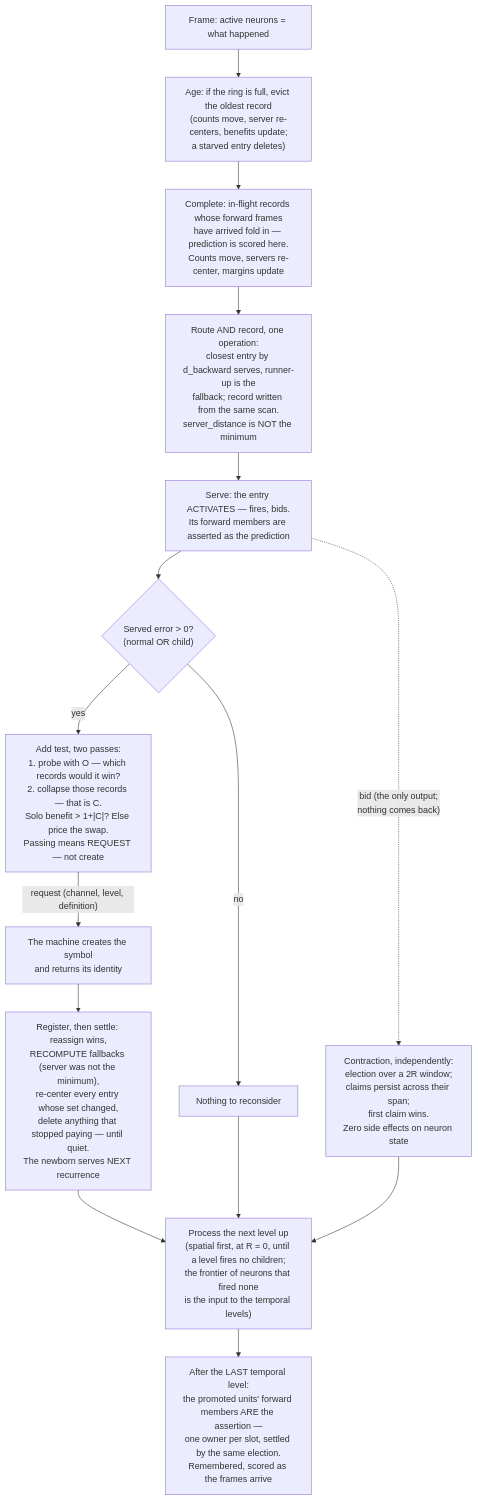
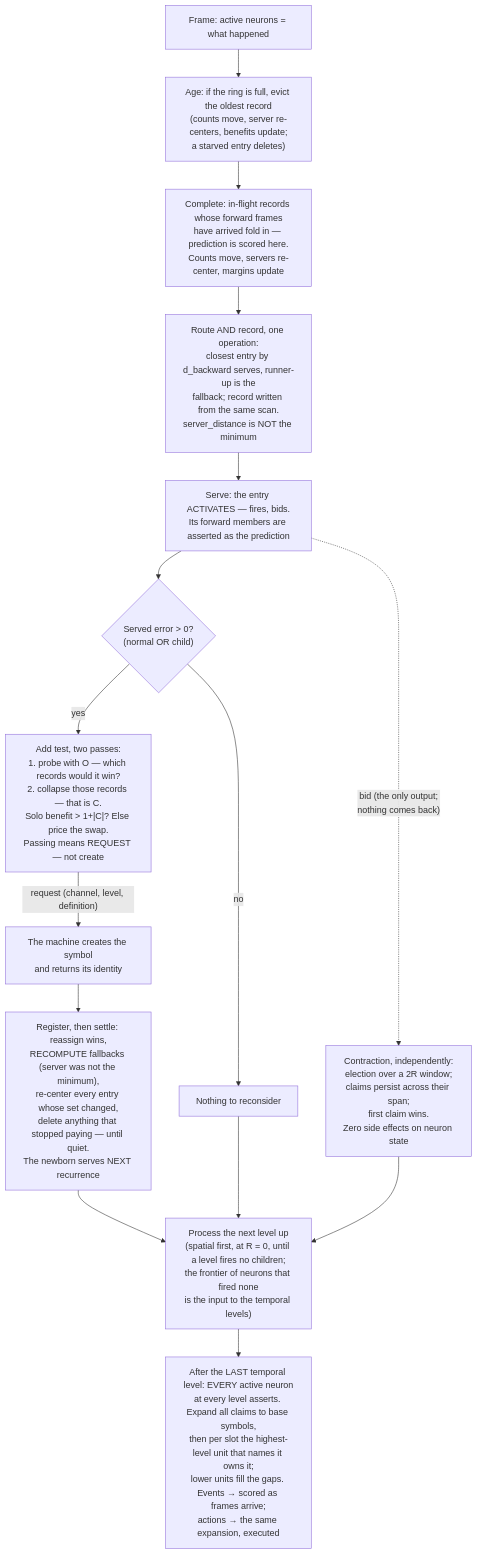
One commit to cucar/robot_brain changed the diagram in docs/algorithm.md. Above: the diagram before and after it, drawn with Mermaid. The commit also changed other lines of this file, not shown here.

Commit message:
explain the output/assertion

````diff
--- a/docs/algorithm.md
+++ b/docs/algorithm.md
@@ -819,17 +860,17 @@
 ```mermaid
 flowchart TD
     A["Frame: active neurons = what happened"] --> B["Age: if the ring is full, evict the oldest record<br/>(counts move, server re-centers, benefits update;<br/>a starved entry deletes)"]
     B --> C["Complete: in-flight records whose forward frames<br/>have arrived fold in — prediction is scored here.<br/>Counts move, servers re-center, margins update"]
     C --> D["Route AND record, one operation:<br/>closest entry by d_backward serves, runner-up is the<br/>fallback; record written from the same scan.<br/>server_distance is NOT the minimum"]
     D --> E["Serve: the entry ACTIVATES — fires, bids.<br/>Its forward members are asserted as the prediction"]
     E -.->|"bid (the only output;<br/>nothing comes back)"| X["Contraction, independently:<br/>election over a 2R window;<br/>claims persist across their span;<br/>first claim wins.<br/>Zero side effects on neuron state"]
     E --> L{"Served error > 0?<br/>(normal OR child)"}
     L -->|yes| M["Add test, two passes:<br/>1. probe with O — which records would it win?<br/>2. collapse those records — that is C.<br/>Solo benefit > 1+|C|? Else price the swap.<br/>Passing means REQUEST — not create"]
     M -->|"request (channel, level, definition)"| P["The machine creates the symbol<br/>and returns its identity"]
     P --> Q["Register, then settle: reassign wins,<br/>RECOMPUTE fallbacks (server was not the minimum),<br/>re-center every entry whose set changed,<br/>delete anything that stopped paying — until quiet.<br/>The newborn serves NEXT recurrence"]
     L -->|no| N["Nothing to reconsider"]
     Q --> O["Process the next level up<br/>(spatial first, at R = 0, until a level fires no children;<br/>the frontier of neurons that fired none<br/>is the input to the temporal levels)"]
     N --> O
     X --> O
-    O --> Y["After the LAST temporal level:<br/>the promoted units' forward members ARE the assertion —<br/>one owner per slot, settled by the same election.<br/>Remembered, scored as the frames arrive"]
+    O --> Y["After the LAST temporal level: EVERY active neuron<br/>at every level asserts. Expand all claims to base symbols,<br/>then per slot the highest-level unit that names it owns it;<br/>lower units fill the gaps. Events → scored as frames arrive;<br/>actions → the same expansion, executed"]
 ```
````
